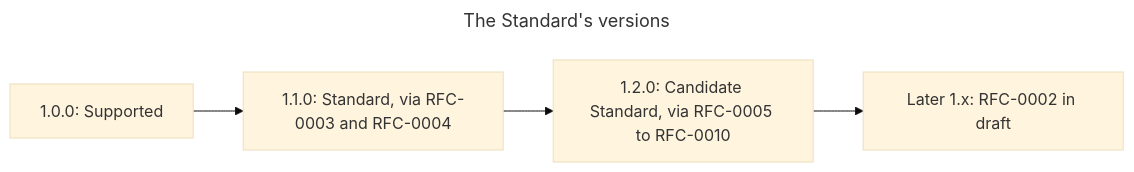
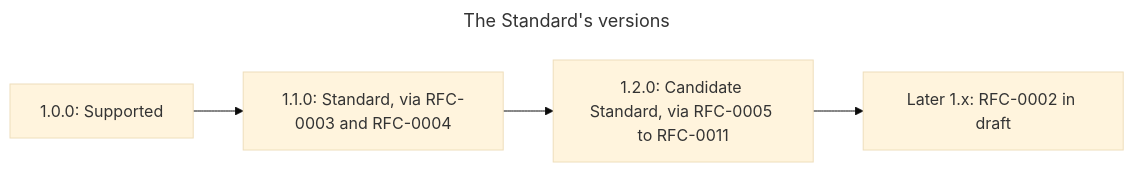
The first of 2 diagrams in spec/ROADMAP.md (synaptiai/agent-capability-standard), drawn with Mermaid (base theme) before and after one commit. The commit also changed other lines of this file and 17 other files, not shown here.

First line of the commit message:
spec: accept RFC-0011 and drop its Draft wording

````diff
--- a/spec/ROADMAP.md
+++ b/spec/ROADMAP.md
@@ -89,8 +87,8 @@
 ```mermaid
 ---
 title: The Standard's versions
 ---
 flowchart LR
-  accDescr: Standard 1.0.0 is supported; 1.1.0, accepted through RFC-0003 and RFC-0004, is the released Standard; 1.2.0, accepted through RFC-0005 to RFC-0010, is a Candidate Standard; RFC-0002 is a draft for a later 1.x version.
-  v10["1.0.0: Supported"] --> v11["1.1.0: Standard, via RFC-0003 and RFC-0004"] --> v12["1.2.0: Candidate Standard, via RFC-0005 to RFC-0010"] --> v1x["Later 1.x: RFC-0002 in draft"]
+  accDescr: Standard 1.0.0 is supported; 1.1.0, accepted through RFC-0003 and RFC-0004, is the released Standard; 1.2.0, accepted through RFC-0005 to RFC-0011, is a Candidate Standard; RFC-0002 is a draft for a later 1.x version.
+  v10["1.0.0: Supported"] --> v11["1.1.0: Standard, via RFC-0003 and RFC-0004"] --> v12["1.2.0: Candidate Standard, via RFC-0005 to RFC-0011"] --> v1x["Later 1.x: RFC-0002 in draft"]
 ```
````
